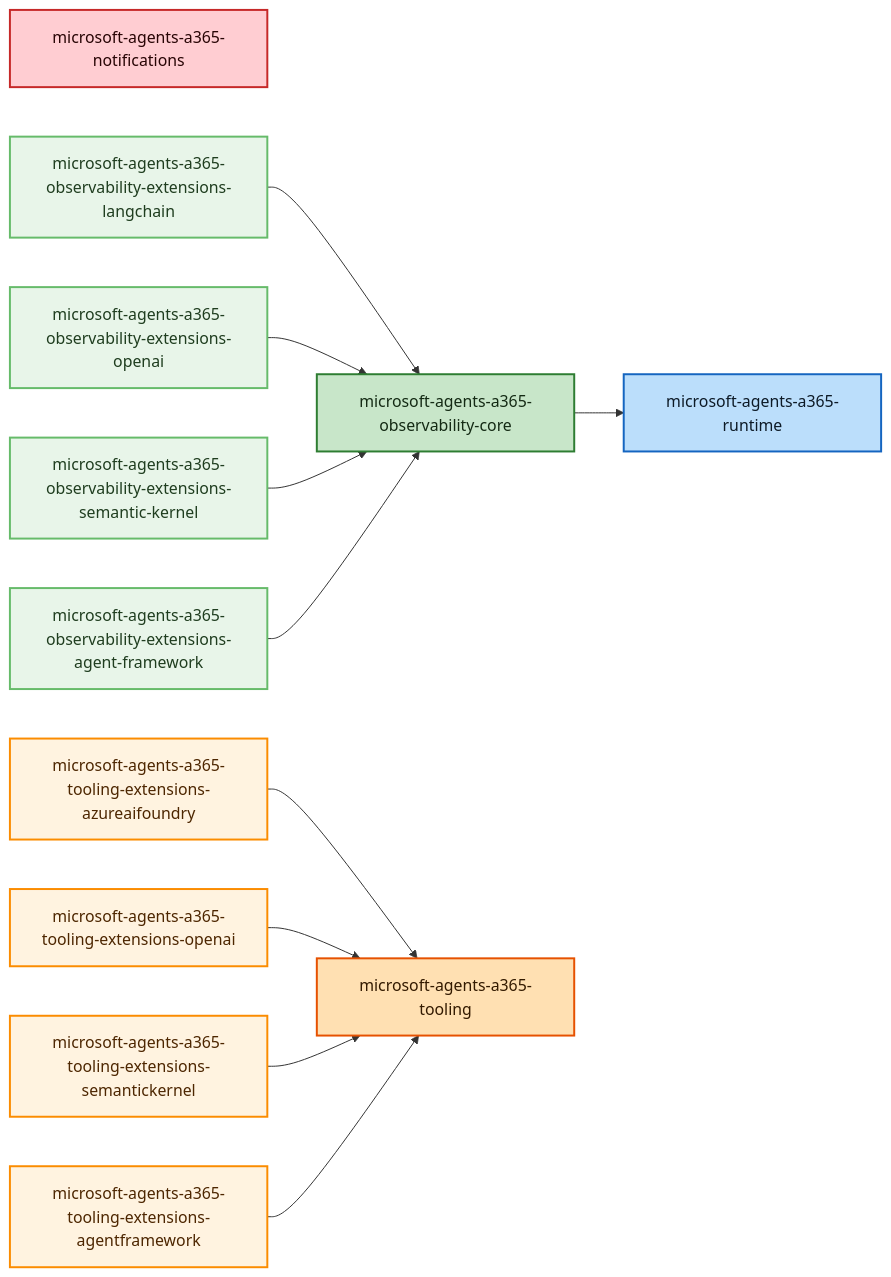
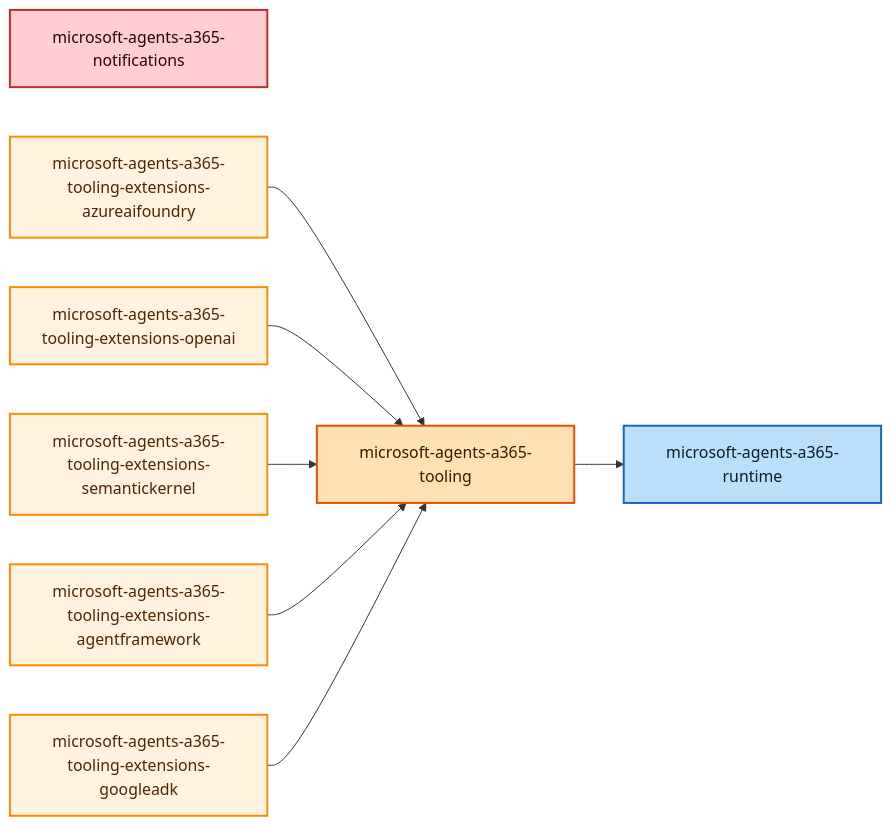
The diagram in DEPENDENCIES.md (microsoft/Agent365-python), drawn with Mermaid before and after one commit. The commit also changed other lines of this file and 207 other files, not shown here.

First line of the commit message:
Retire Agent365 observability distributions (#289)

````diff
--- a/DEPENDENCIES.md
+++ b/DEPENDENCIES.md
@@ -5,41 +5,30 @@
 ```mermaid
 graph LR
     %% Package Nodes
     microsoft_agents_a365_notifications["microsoft-agents-a365-notifications"]
-    microsoft_agents_a365_observability_core["microsoft-agents-a365-observability-core"]
-    microsoft_agents_a365_observability_extensions_langchain["microsoft-agents-a365-observability-extensions-langchain"]
-    microsoft_agents_a365_observability_extensions_openai["microsoft-agents-a365-observability-extensions-openai"]
-    microsoft_agents_a365_observability_extensions_semantic_kernel["microsoft-agents-a365-observability-extensions-semantic-kernel"]
-    microsoft_agents_a365_observability_extensions_agent_framework["microsoft-agents-a365-observability-extensions-agent-framework"]
     microsoft_agents_a365_runtime["microsoft-agents-a365-runtime"]
     microsoft_agents_a365_tooling["microsoft-agents-a365-tooling"]
     microsoft_agents_a365_tooling_extensions_azureaifoundry["microsoft-agents-a365-tooling-extensions-azureaifoundry"]
     microsoft_agents_a365_tooling_extensions_openai["microsoft-agents-a365-tooling-extensions-openai"]
     microsoft_agents_a365_tooling_extensions_semantickernel["microsoft-agents-a365-tooling-extensions-semantickernel"]
     microsoft_agents_a365_tooling_extensions_agentframework["microsoft-agents-a365-tooling-extensions-agentframework"]
+    microsoft_agents_a365_tooling_extensions_googleadk["microsoft-agents-a365-tooling-extensions-googleadk"]
 
     %% Dependencies
-    microsoft_agents_a365_observability_core --> microsoft_agents_a365_runtime
-    microsoft_agents_a365_observability_extensions_langchain --> microsoft_agents_a365_observability_core
-    microsoft_agents_a365_observability_extensions_openai --> microsoft_agents_a365_observability_core
-    microsoft_agents_a365_observability_extensions_semantic_kernel --> microsoft_agents_a365_observability_core
-    microsoft_agents_a365_observability_extensions_agent_framework --> microsoft_agents_a365_observability_core
+    microsoft_agents_a365_tooling --> microsoft_agents_a365_runtime
     microsoft_agents_a365_tooling_extensions_azureaifoundry --> microsoft_agents_a365_tooling
     microsoft_agents_a365_tooling_extensions_openai --> microsoft_agents_a365_tooling
     microsoft_agents_a365_tooling_extensions_semantickernel --> microsoft_agents_a365_tooling
     microsoft_agents_a365_tooling_extensions_agentframework --> microsoft_agents_a365_tooling
+    microsoft_agents_a365_tooling_extensions_googleadk --> microsoft_agents_a365_tooling
 
     %% Styling
     classDef notifications fill:#ffcdd2,stroke:#c62828,color:#280505,stroke-width:2px
     class microsoft_agents_a365_notifications notifications
     classDef runtime fill:#bbdefb,stroke:#1565c0,color:#0d1a26,stroke-width:2px
     class microsoft_agents_a365_runtime runtime
-    classDef observability fill:#c8e6c9,stroke:#2e7d32,color:#142a14,stroke-width:2px
-    class microsoft_agents_a365_observability_core observability
-    classDef observability_extensions fill:#e8f5e9,stroke:#66bb6a,color:#1f3d1f,stroke-width:2px
-    class microsoft_agents_a365_observability_extensions_langchain,microsoft_agents_a365_observability_extensions_openai,microsoft_agents_a365_observability_extensions_semantic_kernel,microsoft_agents_a365_observability_extensions_agent_framework observability_extensions
     classDef tooling fill:#ffe0b2,stroke:#e65100,color:#331a00,stroke-width:2px
     class microsoft_agents_a365_tooling tooling
     classDef tooling_extensions fill:#fff3e0,stroke:#fb8c00,color:#4d2600,stroke-width:2px
-    class microsoft_agents_a365_tooling_extensions_azureaifoundry,microsoft_agents_a365_tooling_extensions_openai,microsoft_agents_a365_tooling_extensions_semantickernel,microsoft_agents_a365_tooling_extensions_agentframework tooling_extensions
+    class microsoft_agents_a365_tooling_extensions_azureaifoundry,microsoft_agents_a365_tooling_extensions_openai,microsoft_agents_a365_tooling_extensions_semantickernel,microsoft_agents_a365_tooling_extensions_agentframework,microsoft_agents_a365_tooling_extensions_googleadk tooling_extensions
 ```
````
